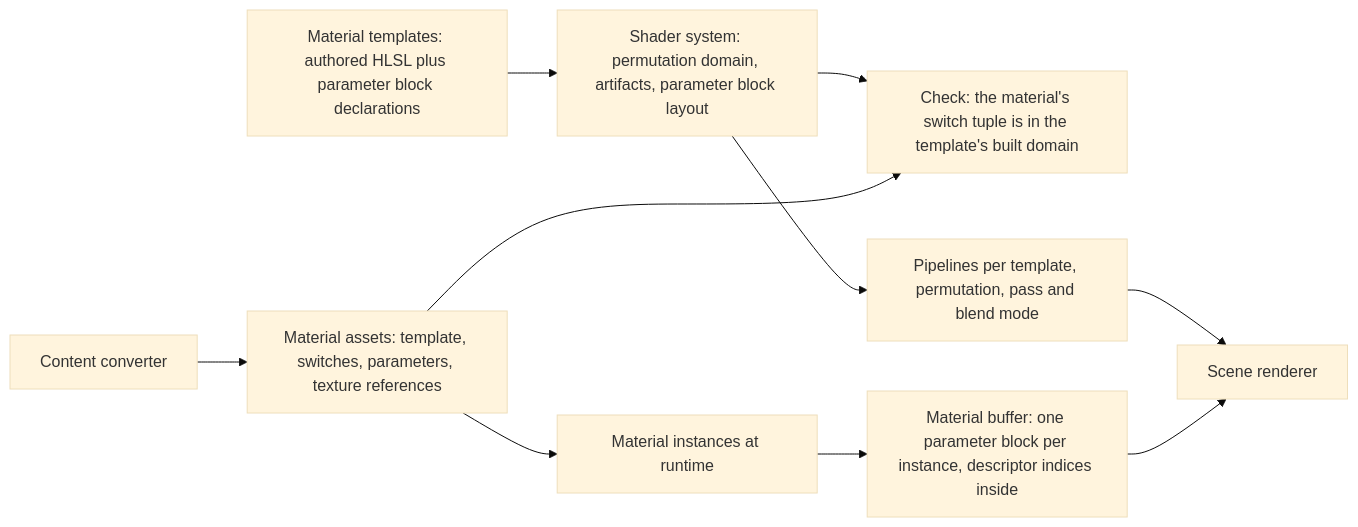
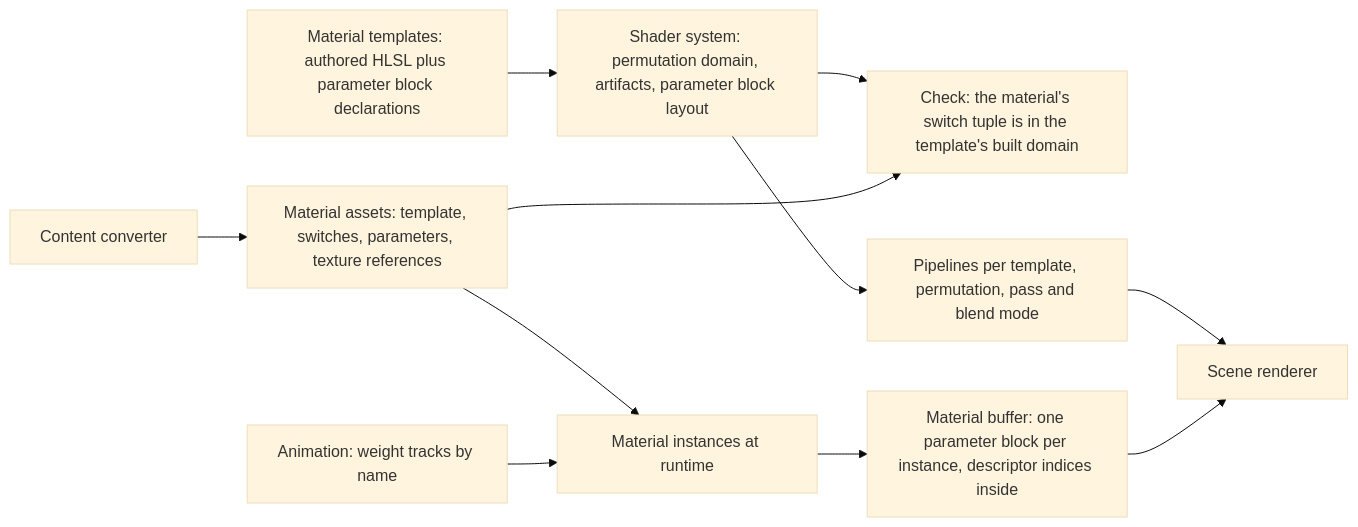
One commit to plainsight-systems/bullet-witch changed the first of 3 diagrams in docs/architecture/materials.md. Above: the diagram before and after it, drawn with Mermaid (base theme). The commit also changed other lines of this file and 2 other files, not shown here.

````diff
--- a/docs/architecture/materials.md
+++ b/docs/architecture/materials.md
@@ -19,12 +20,13 @@
 ```mermaid
 flowchart LR
     IMP["Content converter"] --> MA["Material assets: template, switches, parameters, texture references"]
     T["Material templates: authored HLSL plus parameter block declarations"] --> SS["Shader system: permutation domain, artifacts, parameter block layout"]
     SS --> CH["Check: the material's switch tuple is in the template's built domain"]
     MA --> CH
     MA --> MI["Material instances at runtime"]
+    AN["Animation: weight tracks by name"] --> MI
     SS --> PL["Pipelines per template, permutation, pass and blend mode"]
     MI --> UB["Material buffer: one parameter block per instance, descriptor indices inside"]
     PL --> R["Scene renderer"]
     UB --> R
 ```
````
